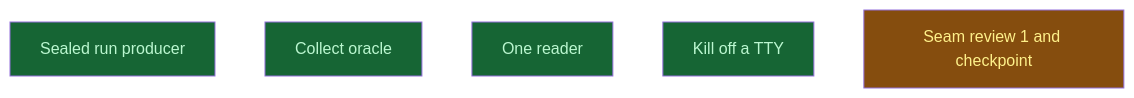
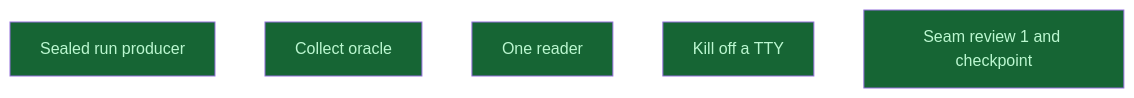
The diagram in __roadmap__/integrity/causes/README.md (CrackingShells/Candler), drawn with Mermaid before and after one commit. The commit also changed other lines of this file and 9 other files, not shown here.

````diff
--- a/__roadmap__/integrity/causes/README.md
+++ b/__roadmap__/integrity/causes/README.md
@@ -18,13 +18,13 @@
 ```mermaid
 graph TD
     sealed_run_producer[Sealed run producer]:::done
     collect_oracle[Collect oracle]:::done
     one_reader[One reader]:::done
     kill_off_tty[Kill off a TTY]:::done
-    checkpoint[Seam review 1 and checkpoint]:::inprogress
+    checkpoint[Seam review 1 and checkpoint]:::done
     classDef done       fill:#166534,color:#bbf7d0
     classDef inprogress fill:#854d0e,color:#fef08a
     classDef planned    fill:#374151,color:#e5e7eb
     classDef amendment  fill:#1e3a5f,color:#bfdbfe
     classDef blocked    fill:#7f1d1d,color:#fecaca
 ```
````
